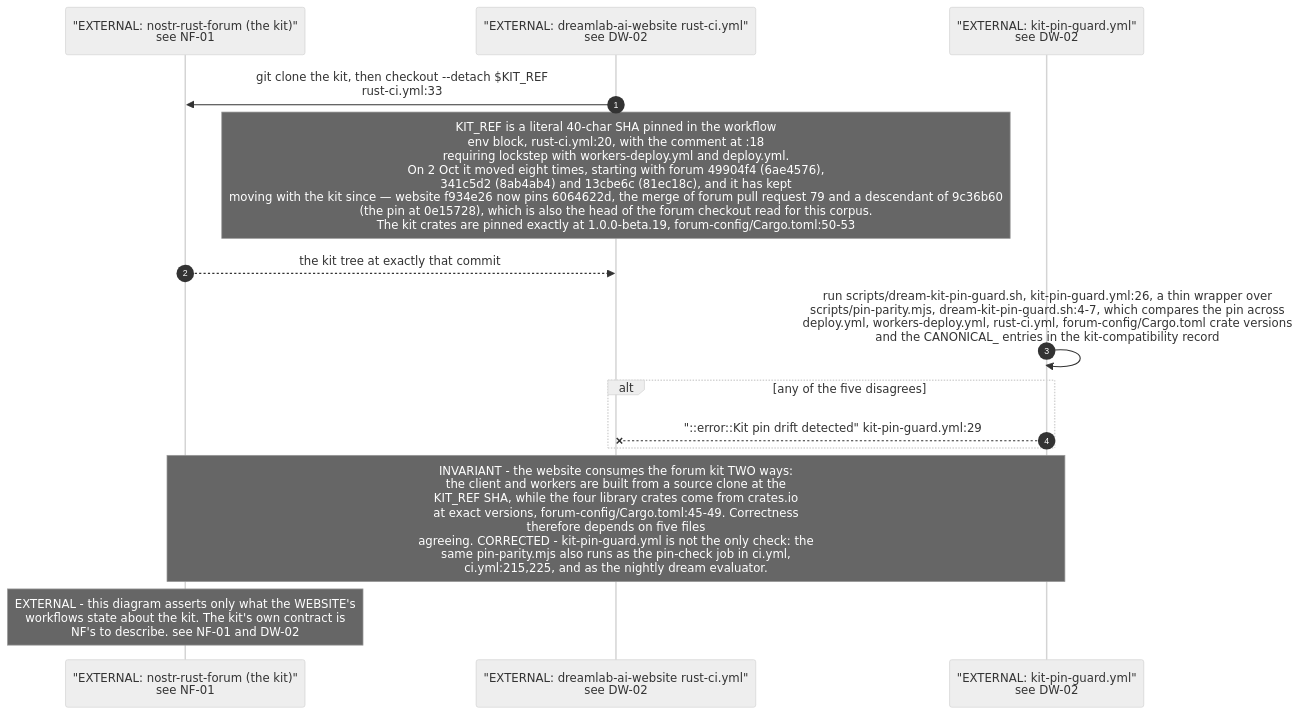
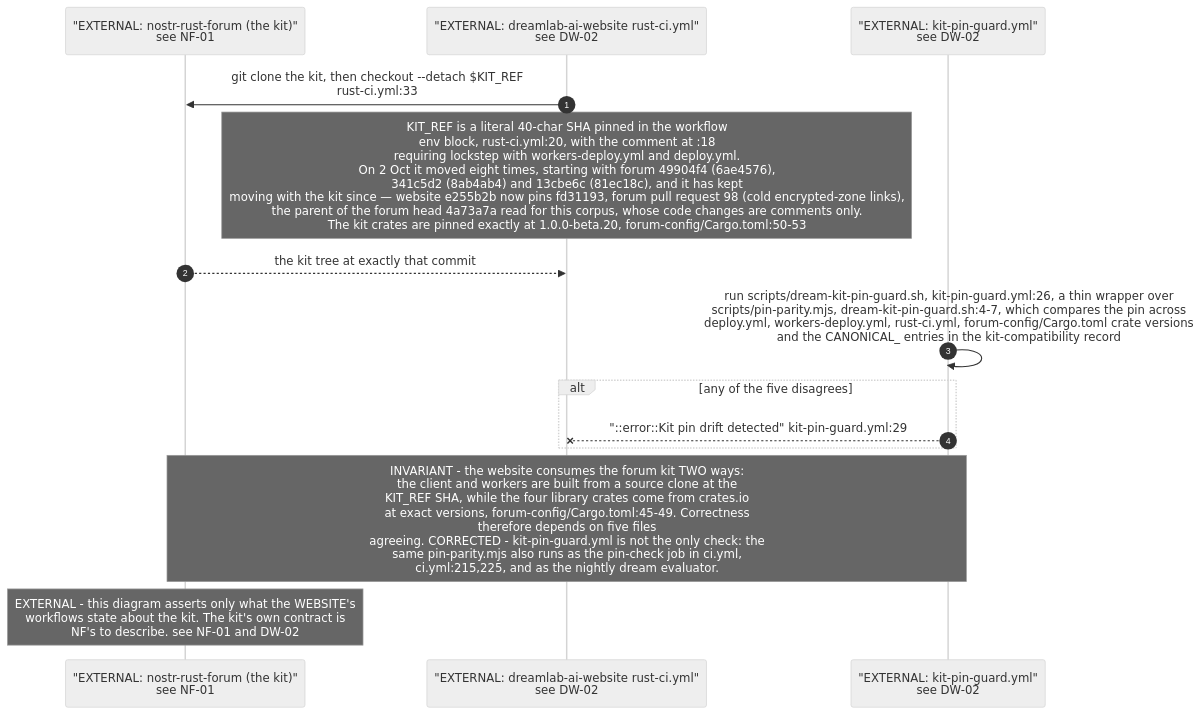
Before and after one commit to DreamLab-AI/VisionFlow: the fourth of 5 diagrams in docs/diagrams/estate/11-publishing-axis.md, drawn with Mermaid (neutral theme). The commit also changed other lines of this file and 5 other files, not shown here.

````diff
--- a/docs/diagrams/estate/11-publishing-axis.md
+++ b/docs/diagrams/estate/11-publishing-axis.md
@@ -127,17 +131,17 @@
 ```mermaid
 sequenceDiagram
     autonumber
     participant NF as "EXTERNAL: nostr-rust-forum (the kit)"<br/>see NF-01
     participant CI as "EXTERNAL: dreamlab-ai-website rust-ci.yml"<br/>see DW-02
     participant GUARD as "EXTERNAL: kit-pin-guard.yml"<br/>see DW-02
 
     CI->>NF: git clone the kit, then checkout --detach $KIT_REF<br/>rust-ci.yml:33
-    Note over CI: KIT_REF is a literal 40-char SHA pinned in the workflow<br/>env block, rust-ci.yml:20, with the comment at :18<br/>requiring lockstep with workers-deploy.yml and deploy.yml.<br/>On 2 Oct it moved eight times, starting with forum 49904f4 (6ae4576),<br/>341c5d2 (8ab4ab4) and 13cbe6c (81ec18c), and it has kept<br/>moving with the kit since — website f934e26 now pins 6064622d, the merge of forum pull request 79 and a descendant of 9c36b60<br/>(the pin at 0e15728), which is also the head of the forum checkout read for this corpus.<br/>The kit crates are pinned exactly at 1.0.0-beta.19, forum-config/Cargo.toml:50-53
+    Note over CI: KIT_REF is a literal 40-char SHA pinned in the workflow<br/>env block, rust-ci.yml:20, with the comment at :18<br/>requiring lockstep with workers-deploy.yml and deploy.yml.<br/>On 2 Oct it moved eight times, starting with forum 49904f4 (6ae4576),<br/>341c5d2 (8ab4ab4) and 13cbe6c (81ec18c), and it has kept<br/>moving with the kit since — website e255b2b now pins fd31193, forum pull request 98 (cold encrypted-zone links),<br/>the parent of the forum head 4a73a7a read for this corpus, whose code changes are comments only.<br/>The kit crates are pinned exactly at 1.0.0-beta.20, forum-config/Cargo.toml:50-53
     NF-->>CI: the kit tree at exactly that commit
     GUARD->>GUARD: run scripts/dream-kit-pin-guard.sh, kit-pin-guard.yml:26, a thin wrapper over<br/>scripts/pin-parity.mjs, dream-kit-pin-guard.sh:4-7, which compares the pin across<br/>deploy.yml, workers-deploy.yml, rust-ci.yml, forum-config/Cargo.toml crate versions<br/>and the CANONICAL_ entries in the kit-compatibility record
     alt any of the five disagrees
         GUARD--xCI: "::error::Kit pin drift detected" kit-pin-guard.yml:29
     end
     Note over NF,GUARD: INVARIANT - the website consumes the forum kit TWO ways:<br/>the client and workers are built from a source clone at the<br/>KIT_REF SHA, while the four library crates come from crates.io<br/>at exact versions, forum-config/Cargo.toml:45-49. Correctness<br/>therefore depends on five files<br/>agreeing. CORRECTED - kit-pin-guard.yml is not the only check: the<br/>same pin-parity.mjs also runs as the pin-check job in ci.yml,<br/>ci.yml:215,225, and as the nightly dream evaluator.
     Note over NF: EXTERNAL - this diagram asserts only what the WEBSITE's<br/>workflows state about the kit. The kit's own contract is<br/>NF's to describe. see NF-01 and DW-02
 ```
````
